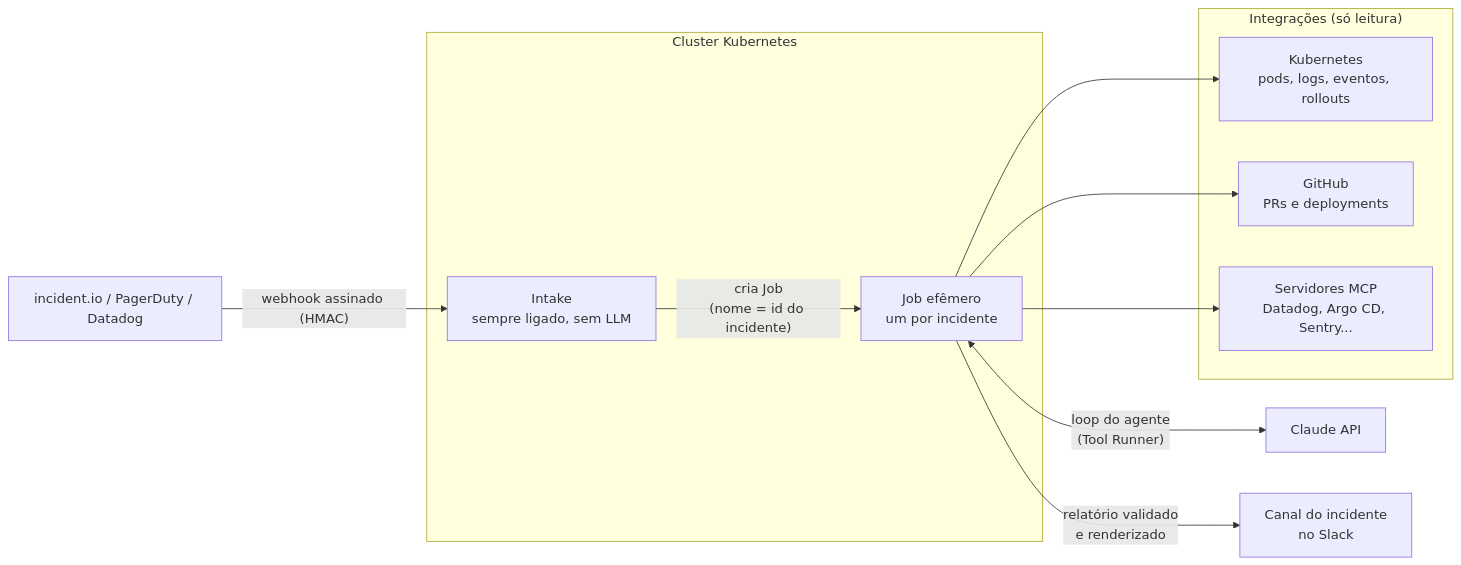
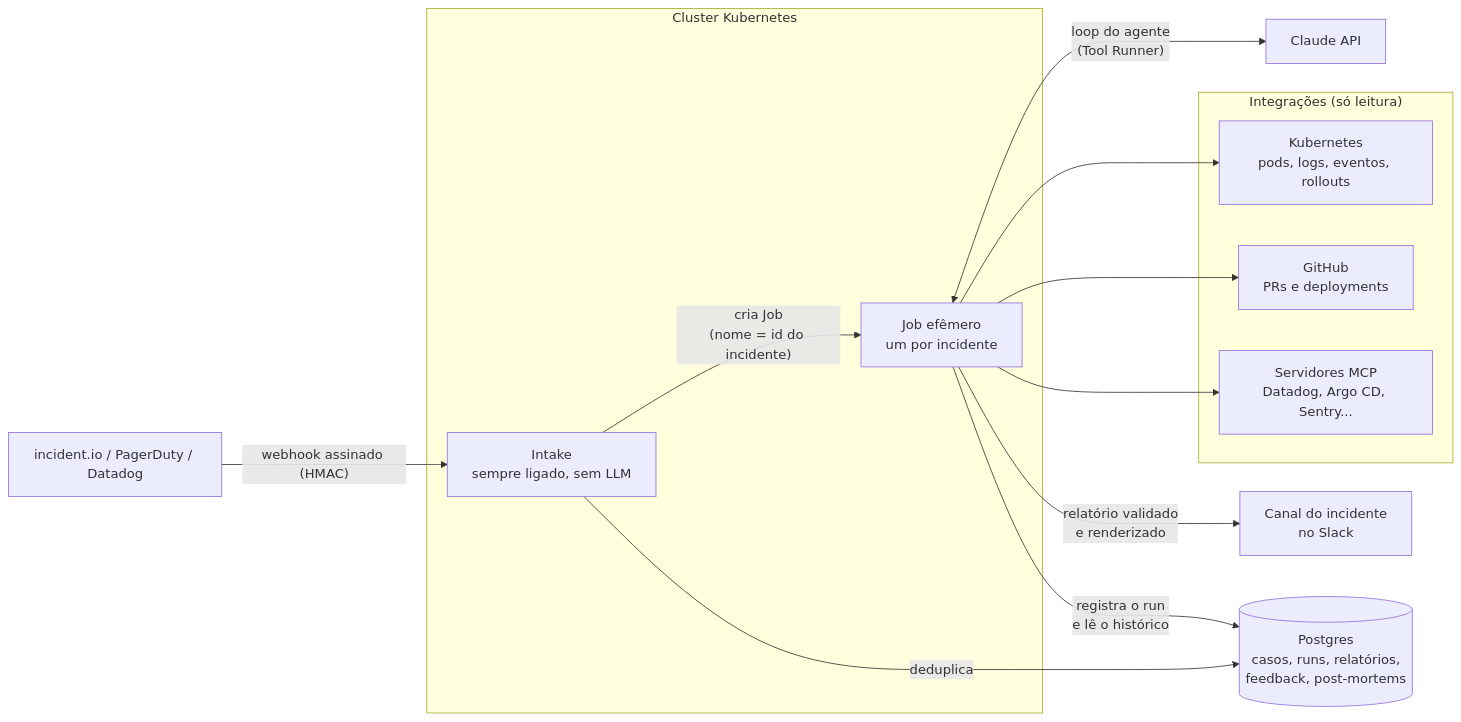
The first of 3 diagrams in README.md (thallesdaniell/sre-agent), drawn with Mermaid before and after one commit. The commit also changed other lines of this file and 30 other files, not shown here.

First line of the commit message:
Persistência em Postgres: casos, runs, relatórios, feedback e post-mortems

````diff
--- a/README.md
+++ b/README.md
@@ -12,23 +12,27 @@
 ```mermaid
 flowchart LR
     src["incident.io / PagerDuty / Datadog"] -- "webhook assinado (HMAC)" --> intake
 
     subgraph cluster["Cluster Kubernetes"]
         intake["Intake<br/>sempre ligado, sem LLM"]
         job["Job efêmero<br/>um por incidente"]
         intake -- "cria Job<br/>(nome = id do incidente)" --> job
     end
 
     job <-->|"loop do agente<br/>(Tool Runner)"| claude["Claude API"]
 
     subgraph fontes["Integrações (só leitura)"]
         k8s["Kubernetes<br/>pods, logs, eventos, rollouts"]
         gh["GitHub<br/>PRs e deployments"]
         mcp["Servidores MCP<br/>Datadog, Argo CD, Sentry..."]
     end
 
     job --> k8s
     job --> gh
     job --> mcp
     job -- "relatório validado<br/>e renderizado" --> slack["Canal do incidente<br/>no Slack"]
+
+    db[("Postgres<br/>casos, runs, relatórios,<br/>feedback, post-mortems")]
+    intake -- "deduplica" --> db
+    job -- "registra o run<br/>e lê o histórico" --> db
 ```
````
